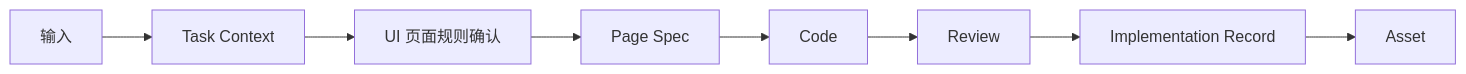
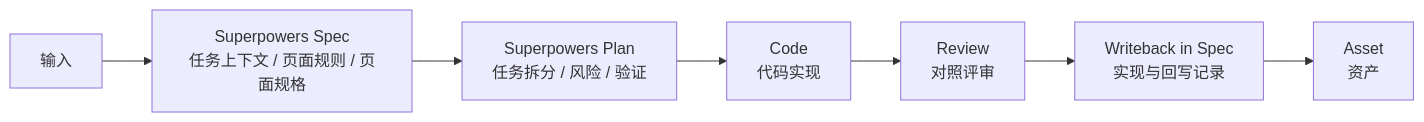
One commit to clarence1026/Spec-Driven-Development changed the second of 4 diagrams in docs/README.md. Above: the diagram before and after it, drawn with Mermaid. The commit also changed other lines of this file and 16 other files, not shown here.

````diff
--- a/docs/README.md
+++ b/docs/README.md
@@ -122,10 +123,9 @@
 ```mermaid
 flowchart LR
-    A[输入] --> B[Task Context]
-    B --> C[UI 页面规则确认]
-    C --> D[Page Spec]
-    D --> E[Code]
-    E --> F[Review]
-    F --> G[Implementation Record]
-    G --> H[Asset]
+    A[输入] --> B[Superpowers Spec<br/>任务上下文 / 页面规则 / 页面规格]
+    B --> C[Superpowers Plan<br/>任务拆分 / 风险 / 验证]
+    C --> D[Code<br/>代码实现]
+    D --> E[Review<br/>对照评审]
+    E --> F[Writeback in Spec<br/>实现与回写记录]
+    F --> G[Asset<br/>资产]
 ```
````
